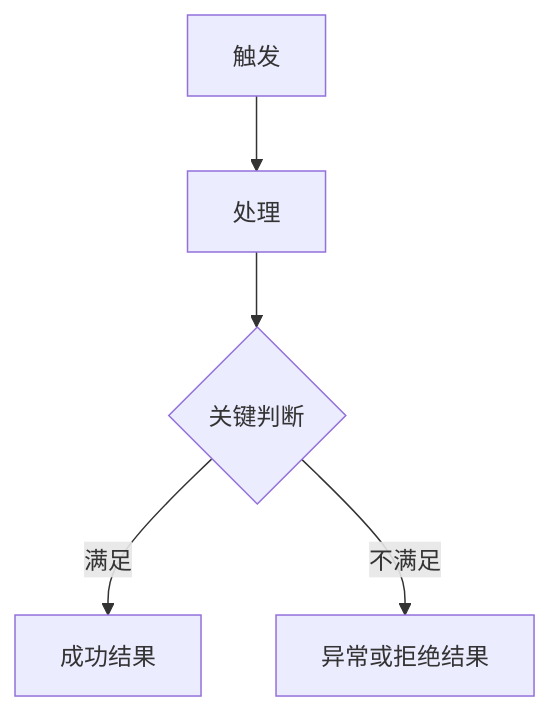
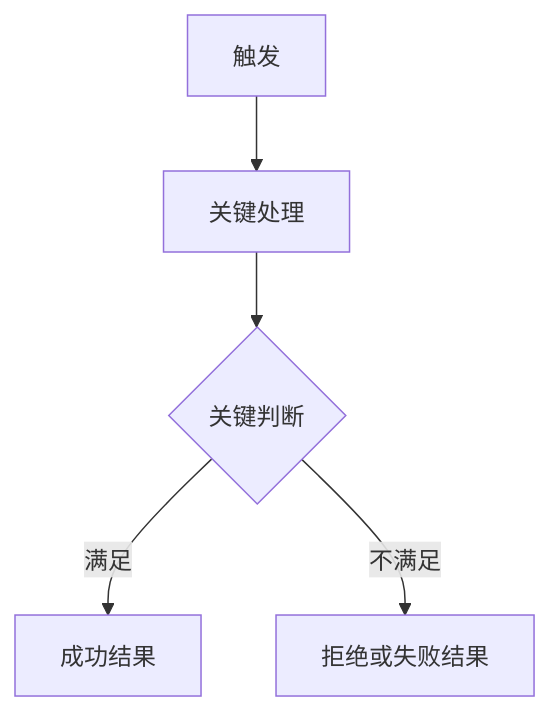
The first of 4 diagrams in .ai/skills/solution-generator/solution.template.md (ql-link/LinkCV), drawn with Mermaid before and after one commit. The commit also changed other lines of this file and 28 other files, not shown here.

````diff
--- a/.ai/skills/solution-generator/solution.template.md
+++ b/.ai/skills/solution-generator/solution.template.md
@@ -77,7 +91,7 @@
 ```mermaid
 flowchart TD
-    A["触发"] --> B["处理"]
+    A["触发"] --> B["关键处理"]
     B --> C{"关键判断"}
     C -->|满足| D["成功结果"]
-    C -->|不满足| E["异常或拒绝结果"]
+    C -->|不满足| E["拒绝或失败结果"]
 ```
````
